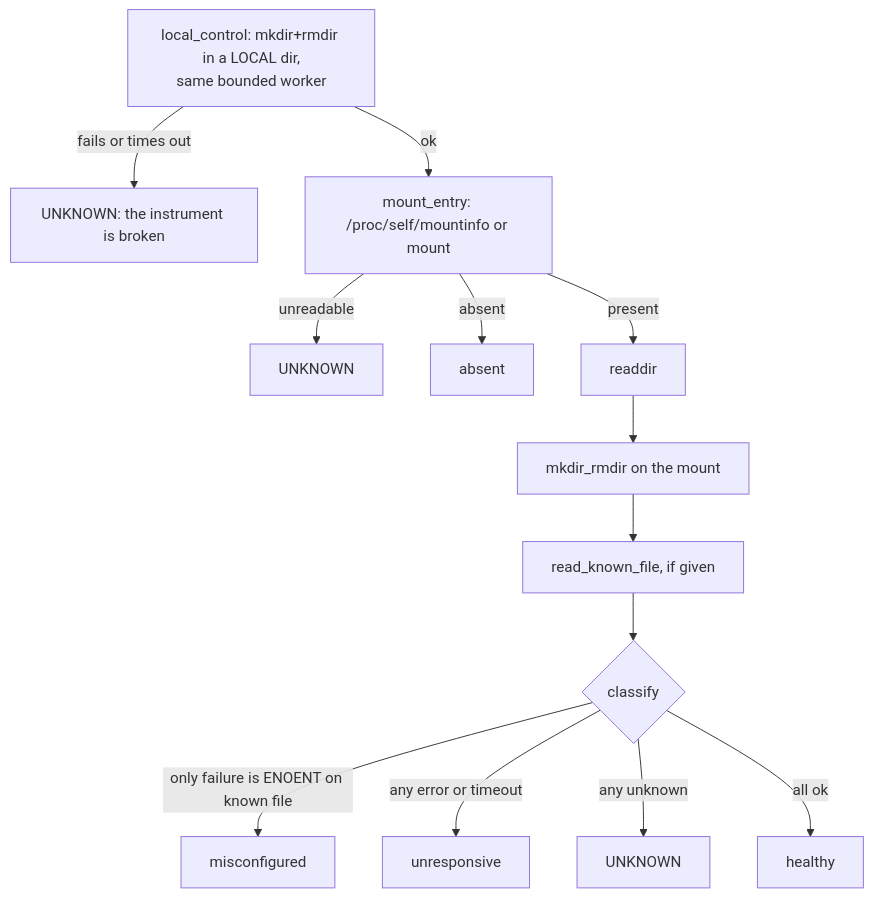
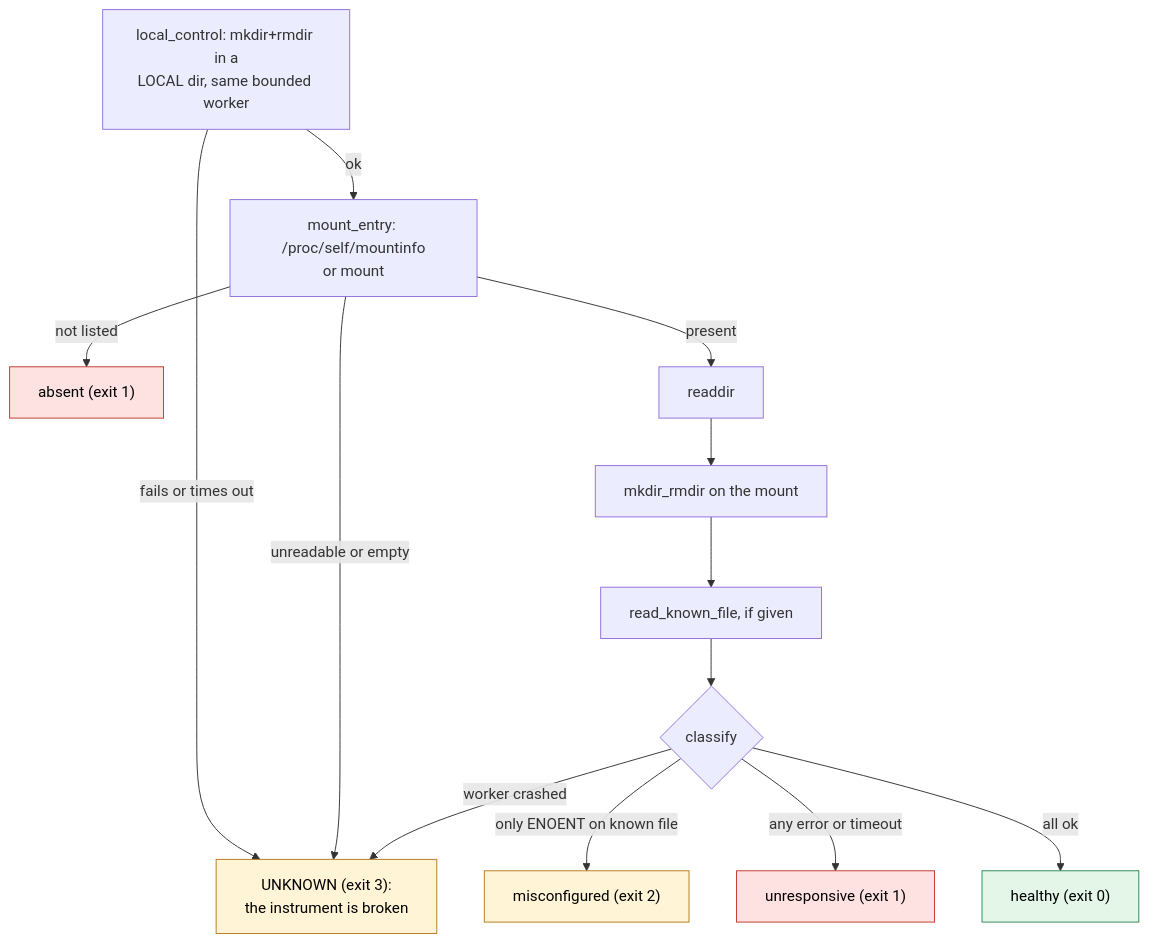
Before and after one commit to JoshSimerman/honest-watchdogs: the diagram in docs/mount-probe.md, drawn with Mermaid. The commit also changed other lines of this file and 8 other files, not shown here.

````diff
--- a/docs/mount-probe.md
+++ b/docs/mount-probe.md
@@ -40,15 +43,21 @@
 ```mermaid
 flowchart TD
-    A[local_control: mkdir+rmdir in a LOCAL dir,<br/>same bounded worker] -- fails or times out --> U[UNKNOWN: the instrument is broken]
-    A -- ok --> B[mount_entry: /proc/self/mountinfo or mount]
-    B -- unreadable --> U2[UNKNOWN]
-    B -- absent --> AB[absent]
-    B -- present --> C[readdir]
-    C --> D[mkdir_rmdir on the mount]
-    D --> E[read_known_file, if given]
-    E --> V{classify}
-    V -- only failure is ENOENT on known file --> M[misconfigured]
-    V -- any error or timeout --> UR[unresponsive]
-    V -- any unknown --> U3[UNKNOWN]
-    V -- all ok --> H[healthy]
+    A["local_control: mkdir+rmdir in a<br/>LOCAL dir, same bounded worker"] -- "fails or times out" --> U["UNKNOWN (exit 3):<br/>the instrument is broken"]
+    A -- ok --> B["mount_entry: /proc/self/mountinfo<br/>or mount"]
+    B -- "unreadable or empty" --> U
+    B -- "not listed" --> AB["absent (exit 1)"]
+    B -- present --> C["readdir"]
+    C --> D["mkdir_rmdir on the mount"]
+    D --> E["read_known_file, if given"]
+    E --> V{"classify"}
+    V -- "only ENOENT on known file" --> M["misconfigured (exit 2)"]
+    V -- "any error or timeout" --> UR["unresponsive (exit 1)"]
+    V -- "worker crashed" --> U
+    V -- "all ok" --> H["healthy (exit 0)"]
+    classDef bad fill:#fde2e1,stroke:#c0392b,color:#000
+    classDef unk fill:#fff4d6,stroke:#b7791f,color:#000
+    classDef ok fill:#e3f6e8,stroke:#2f855a,color:#000
+    class AB,UR bad
+    class U,M unk
+    class H ok
 ```
````
